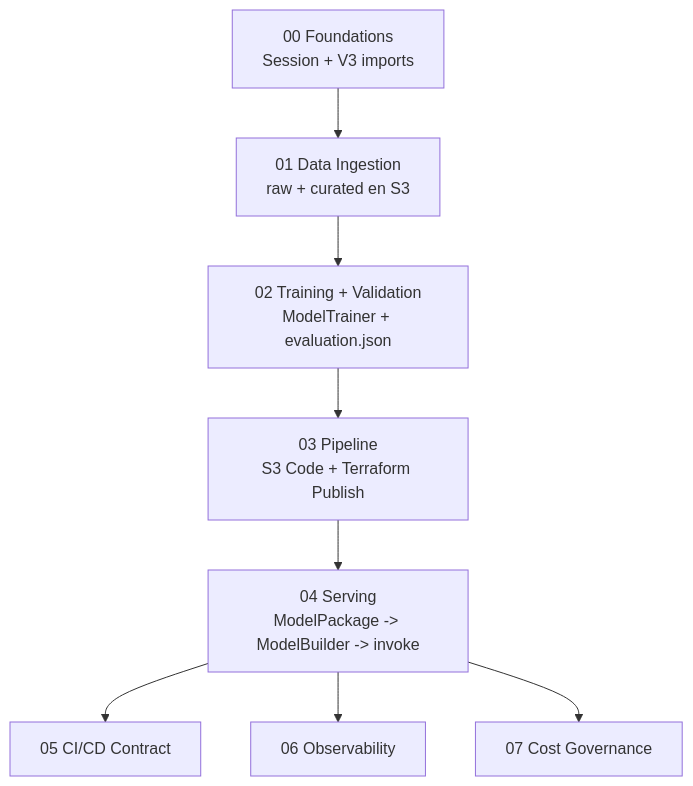
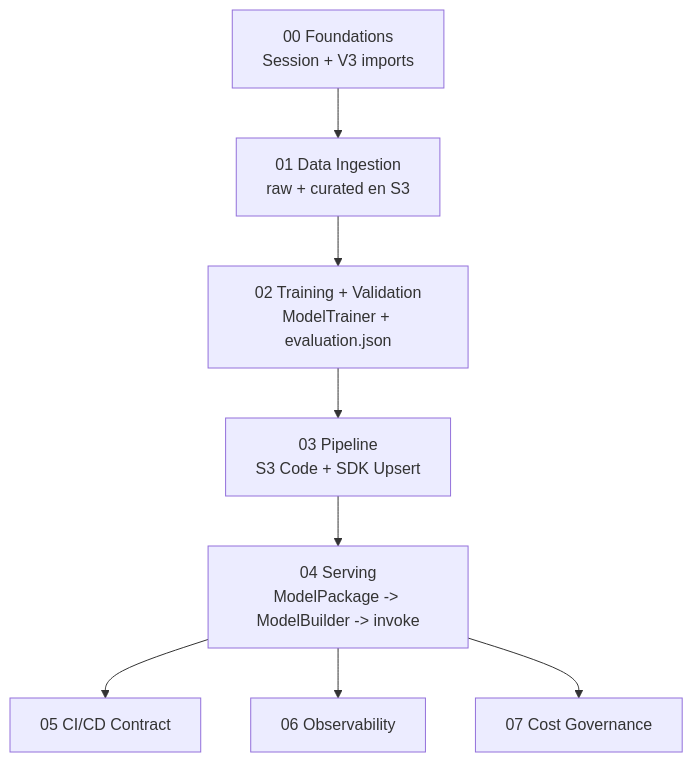
Before and after one commit to JoanClaverolVolotea/titanic_sagemaker: the diagram in docs/tutorials/README.md, drawn with Mermaid. The commit also changed other lines of this file and 16 other files, not shown here.

Commit message:
docs: hand off no-terraform SageMaker MLOps flow

````diff
--- a/docs/tutorials/README.md
+++ b/docs/tutorials/README.md
@@ -46,10 +46,10 @@
 ```mermaid
 flowchart TD
   F0[00 Foundations\nSession + V3 imports] --> D1[01 Data Ingestion\nraw + curated en S3]
   D1 --> T2[02 Training + Validation\nModelTrainer + evaluation.json]
-  T2 --> P3[03 Pipeline\nS3 Code + Terraform Publish]
+  T2 --> P3[03 Pipeline\nS3 Code + SDK Upsert]
   P3 --> S4[04 Serving\nModelPackage -> ModelBuilder -> invoke]
   S4 --> C5[05 CI/CD Contract]
   S4 --> O6[06 Observability]
   S4 --> G7[07 Cost Governance]
 ```
````
